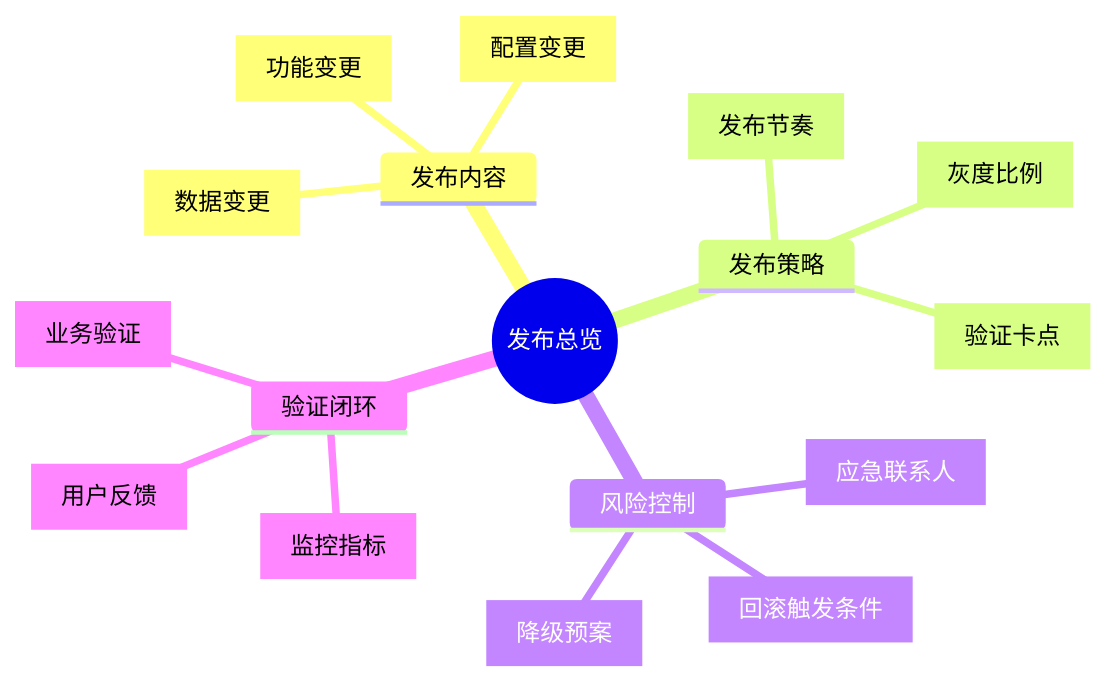
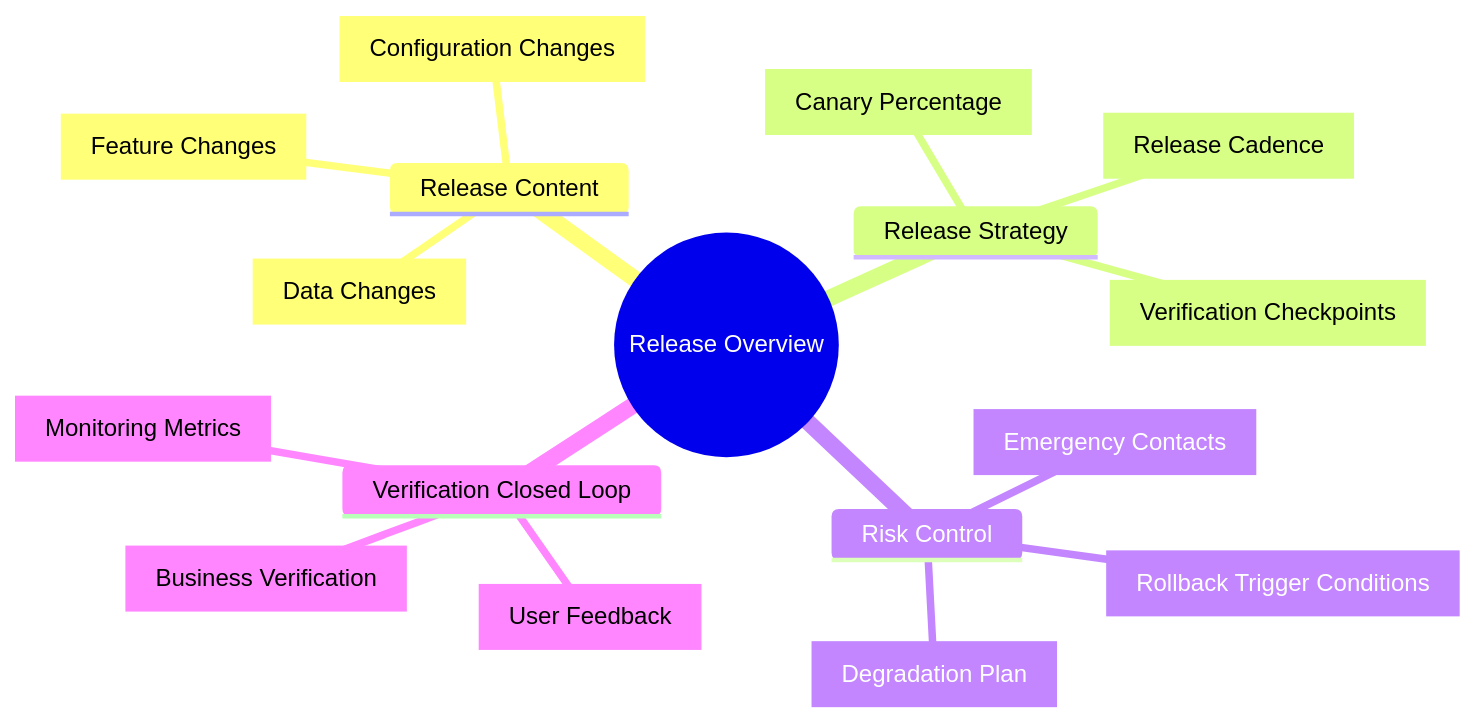
The first of 8 diagrams in templates/产品/交付层/【模板】发布计划文档.md (Kirky-X/cangjie), drawn with Mermaid before and after one commit. The commit also changed other lines of this file and 60 other files, not shown here.

````diff
--- a/templates/产品/交付层/【模板】发布计划文档.md
+++ b/templates/产品/交付层/【模板】发布计划文档.md
@@ -68,20 +68,20 @@
 ```mermaid
 mindmap
-  root((发布总览))
-    发布内容
-      [功能变更]
-      [配置变更]
-      [数据变更]
-    发布策略
-      [灰度比例]
-      [发布节奏]
-      [验证卡点]
-    风险控制
-      [回滚触发条件]
-      [应急联系人]
-      [降级预案]
-    验证闭环
-      [监控指标]
-      [业务验证]
-      [用户反馈]
+  root((Release Overview))
+    Release Content
+      [Feature Changes]
+      [Configuration Changes]
+      [Data Changes]
+    Release Strategy
+      [Canary Percentage]
+      [Release Cadence]
+      [Verification Checkpoints]
+    Risk Control
+      [Rollback Trigger Conditions]
+      [Emergency Contacts]
+      [Degradation Plan]
+    Verification Closed Loop
+      [Monitoring Metrics]
+      [Business Verification]
+      [User Feedback]
 ```
````
